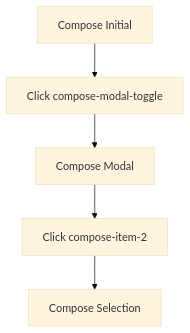
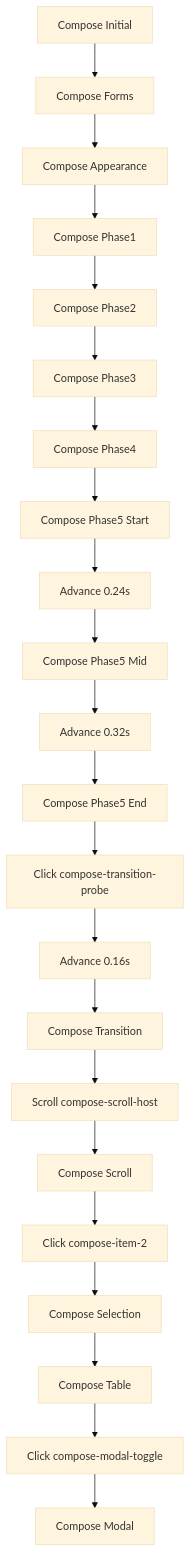
One commit to MightyBubble/Ludots changed the diagram in artifacts/acceptance/ui-showcase-compose/path.mmd. Above: the diagram before and after it, drawn with Mermaid (base theme). The commit also changed 194 other files, not shown here.

```diff
--- a/artifacts/acceptance/ui-showcase-compose/path.mmd
+++ b/artifacts/acceptance/ui-showcase-compose/path.mmd
@@ -1,5 +1,22 @@
 flowchart TD
-    A[Compose Initial] --> B[Click compose-modal-toggle]
-    B --> C[Compose Modal]
-    C --> D[Click compose-item-2]
-    D --> E[Compose Selection]
+    A[Compose Initial] --> B[Compose Forms]
+    B --> C[Compose Appearance]
+    C --> D[Compose Phase1]
+    D --> E[Compose Phase2]
+    E --> F[Compose Phase3]
+    F --> G[Compose Phase4]
+    G --> H[Compose Phase5 Start]
+    H --> I[Advance 0.24s]
+    I --> J[Compose Phase5 Mid]
+    J --> K[Advance 0.32s]
+    K --> L[Compose Phase5 End]
+    L --> M[Click compose-transition-probe]
+    M --> N[Advance 0.16s]
+    N --> O[Compose Transition]
+    O --> P[Scroll compose-scroll-host]
+    P --> Q[Compose Scroll]
+    Q --> R[Click compose-item-2]
+    R --> S[Compose Selection]
+    S --> T[Compose Table]
+    T --> U[Click compose-modal-toggle]
+    U --> V[Compose Modal]
```
